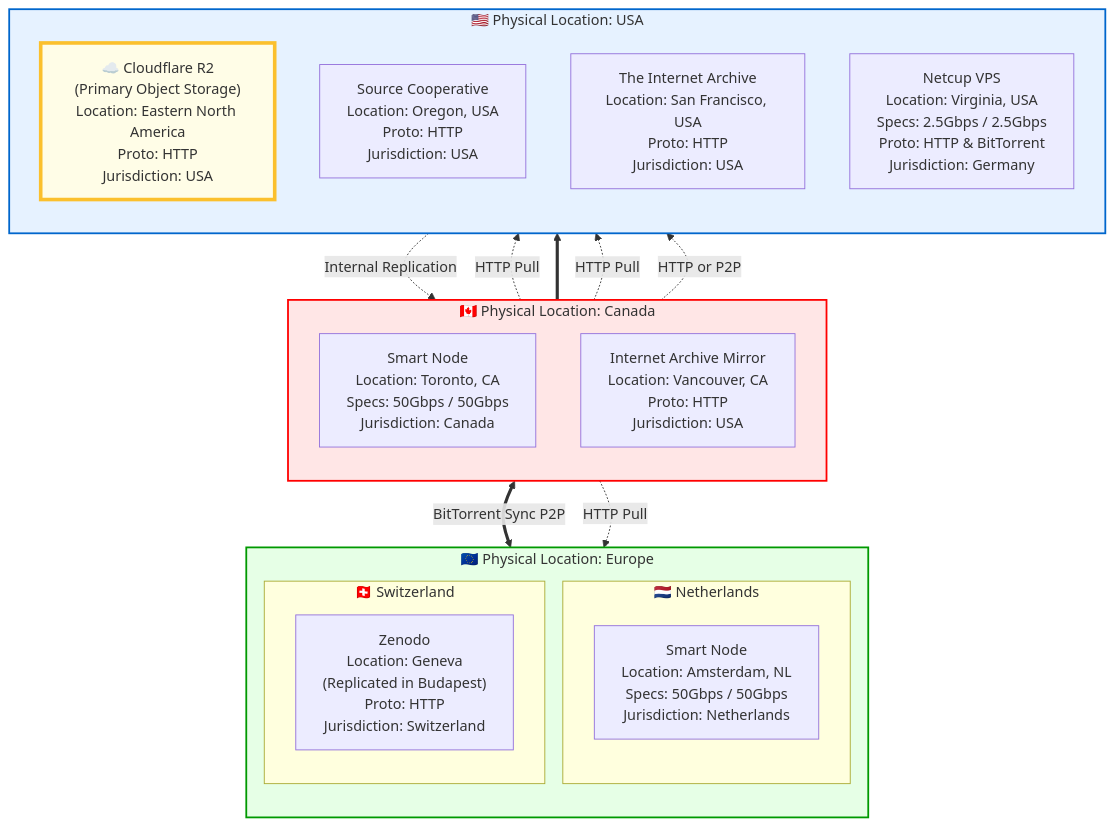
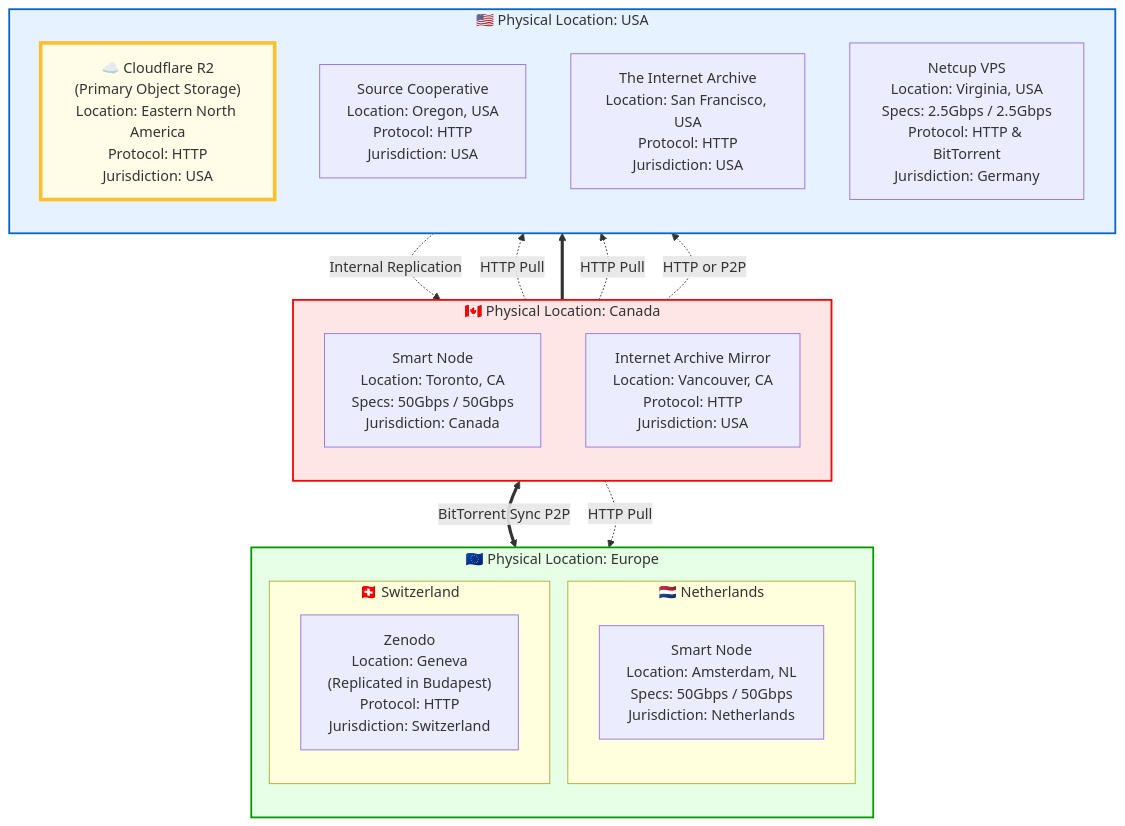
One commit to dataforcanada/www.dataforcanada.org changed the diagram in content/infrastructure/_index.md. Above: the diagram before and after it, drawn with Mermaid. The commit also changed 1 other file, not shown here.

Commit message:
Add infrastructure URL to header

```diff
--- a/content/infrastructure/_index.md
+++ b/content/infrastructure/_index.md
@@ -29,7 +29,7 @@
         
         IA_Van["Internet Archive Mirror
 Location: Vancouver, CA
-Proto: HTTP
+Protocol: HTTP
 Jurisdiction: USA"]
     end
 
@@ -40,24 +40,24 @@
         direction TB
         SourceCoop["Source Cooperative
 Location: Oregon, USA
-Proto: HTTP
+Protocol: HTTP
 Jurisdiction: USA"]
         
         R2["☁️ Cloudflare R2
 (Primary Object Storage)
 Location: Eastern North America
-Proto: HTTP
+Protocol: HTTP
 Jurisdiction: USA"]
         
         IA_SF["The Internet Archive
 Location: San Francisco, USA
-Proto: HTTP
+Protocol: HTTP
 Jurisdiction: USA"]
         
         Netcup["Netcup VPS
 Location: Virginia, USA
 Specs: 2.5Gbps / 2.5Gbps
-Proto: HTTP & BitTorrent
+Protocol: HTTP & BitTorrent
 Jurisdiction: Germany"]
     end
 
@@ -77,7 +77,7 @@
             Zenodo["Zenodo
 Location: Geneva
 (Replicated in Budapest)
-Proto: HTTP
+Protocol: HTTP
 Jurisdiction: Switzerland"]
         end
     end
```
